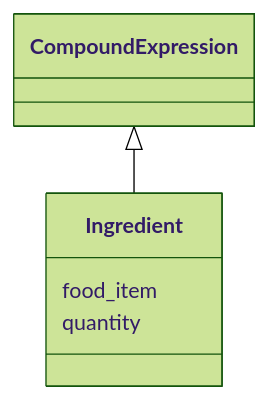
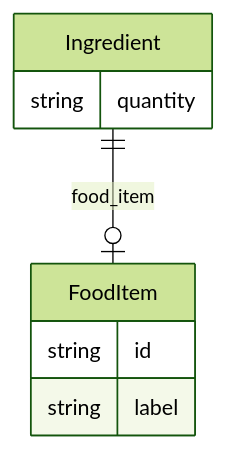
The second of 2 diagrams in docs/recipe/Ingredient.md (monarch-initiative/ontogpt), drawn with Mermaid (forest theme) before and after one commit. The commit also changed other lines of this file and 52 other files, not shown here.

````diff
--- a/docs/recipe/Ingredient.md
+++ b/docs/recipe/Ingredient.md
@@ -8,9 +25,12 @@
 ```mermaid
- classDiagram
-    class Ingredient
-      CompoundExpression <|-- Ingredient
-      
-      Ingredient : food_item
-      Ingredient : quantity
-      
+  erDiagram
+  Ingredient {
+    string quantity  
+  }
+  FoodItem {
+    string id  
+    string label  
+  }
+
+  Ingredient ||--|o FoodItem : "food_item"
 ```
````
